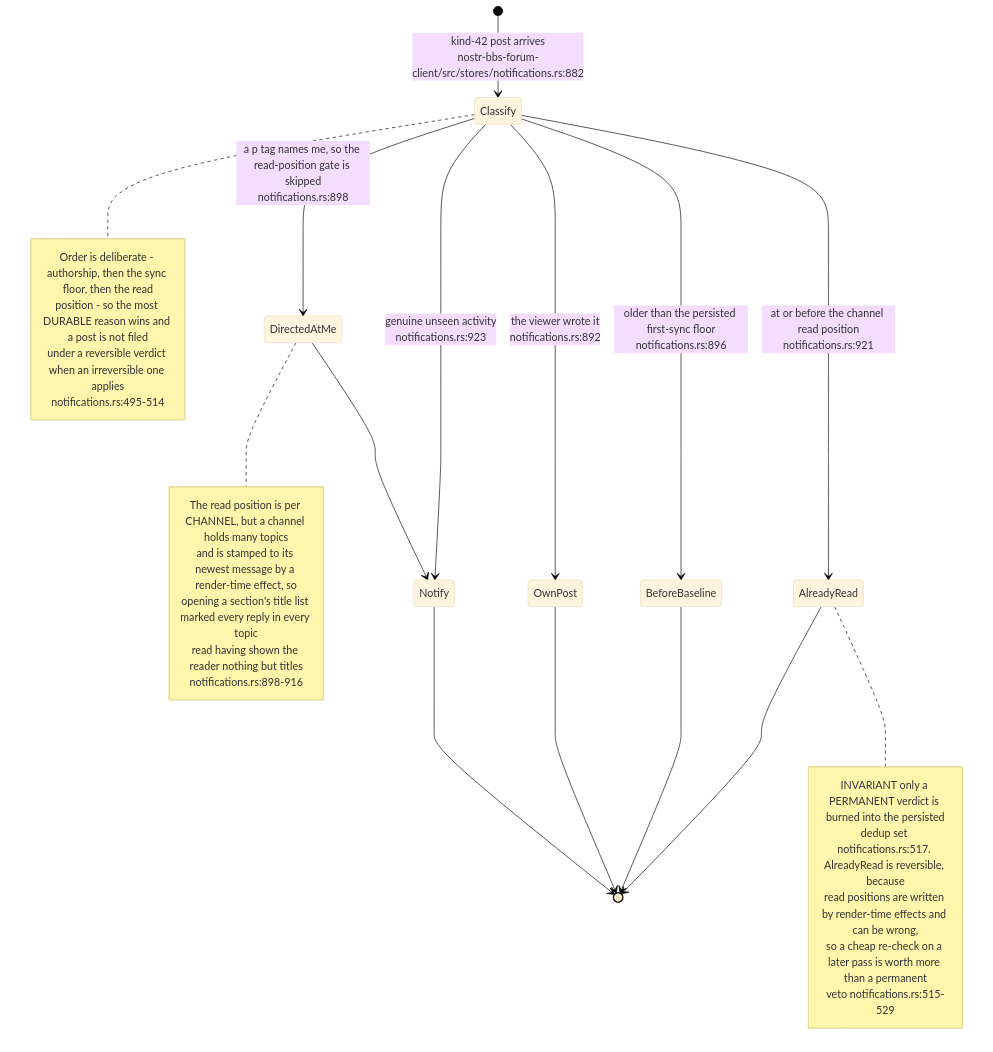
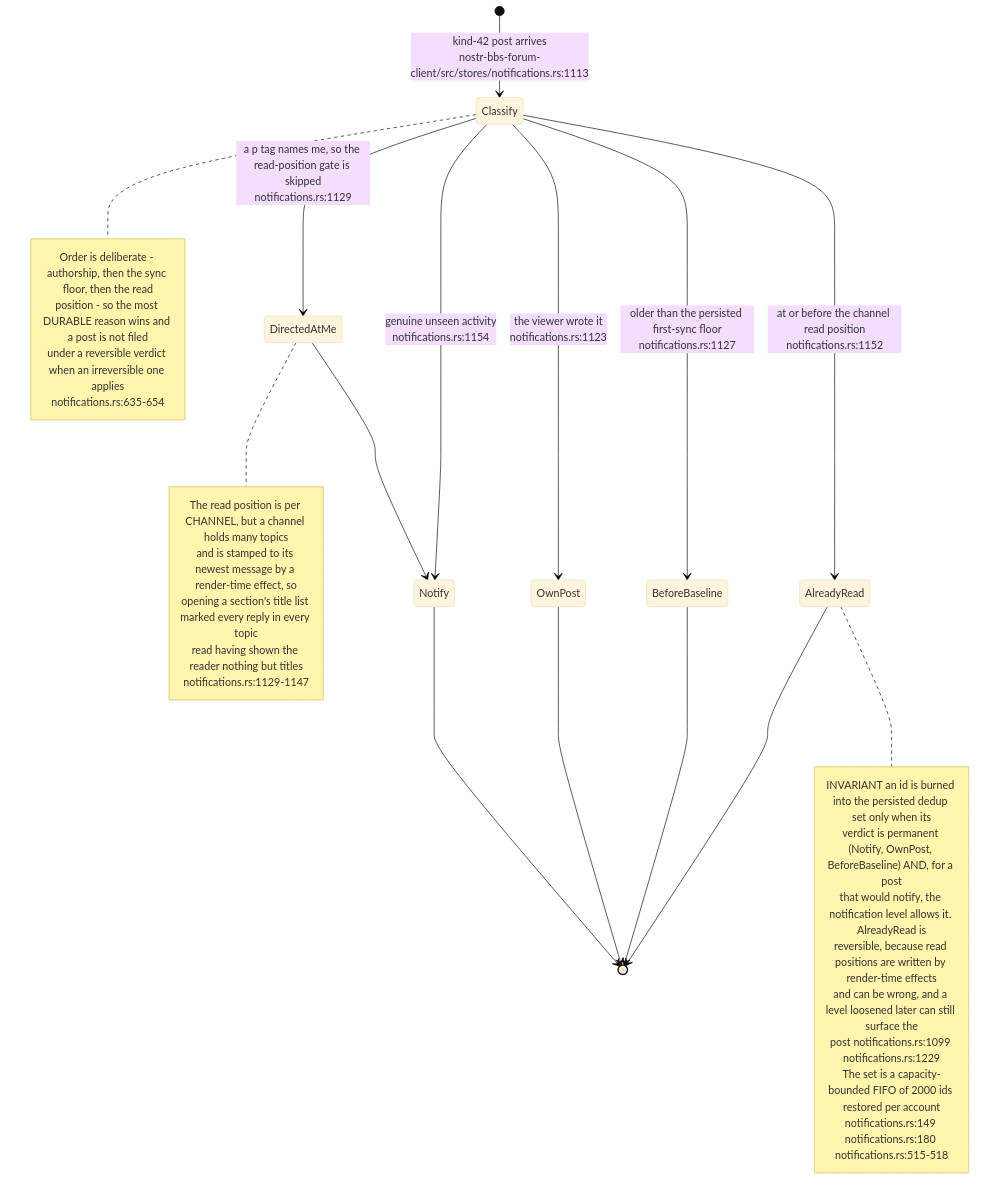
Diagram 13 of 17 in docs/diagrams/nostr-rust-forum/05-leptos-clients-onboarding-messaging-governance.md (DreamLab-AI/VisionFlow), drawn with Mermaid (base theme) before and after one commit. The commit also changed other lines of this file and 160 other files, not shown here.

````diff
--- a/docs/diagrams/nostr-rust-forum/05-leptos-clients-onboarding-messaging-governance.md
+++ b/docs/diagrams/nostr-rust-forum/05-leptos-clients-onboarding-messaging-governance.md
@@ -409,35 +422,38 @@
 ```mermaid
 stateDiagram-v2
-    [*] --> Classify: kind-42 post arrives<br/>nostr-bbs-forum-client/src/stores/notifications.rs:882
-    Classify --> OwnPost: the viewer wrote it<br/>notifications.rs:892
-    Classify --> BeforeBaseline: older than the persisted first-sync floor<br/>notifications.rs:896
-    Classify --> DirectedAtMe: a p tag names me, so the read-position gate is skipped<br/>notifications.rs:898
-    Classify --> AlreadyRead: at or before the channel read position<br/>notifications.rs:921
+    [*] --> Classify: kind-42 post arrives<br/>nostr-bbs-forum-client/src/stores/notifications.rs:1113
+    Classify --> OwnPost: the viewer wrote it<br/>notifications.rs:1123
+    Classify --> BeforeBaseline: older than the persisted first-sync floor<br/>notifications.rs:1127
+    Classify --> DirectedAtMe: a p tag names me, so the read-position gate is skipped<br/>notifications.rs:1129
+    Classify --> AlreadyRead: at or before the channel read position<br/>notifications.rs:1152
     DirectedAtMe --> Notify
-    Classify --> Notify: genuine unseen activity<br/>notifications.rs:923
+    Classify --> Notify: genuine unseen activity<br/>notifications.rs:1154
     Notify --> [*]
     OwnPost --> [*]
     BeforeBaseline --> [*]
     AlreadyRead --> [*]
 
     note right of AlreadyRead
-        INVARIANT only a PERMANENT verdict is burned into the persisted
-        dedup set notifications.rs:517. AlreadyRead is reversible, because
-        read positions are written by render-time effects and can be wrong,
-        so a cheap re-check on a later pass is worth more than a permanent
-        veto notifications.rs:515-529
+        INVARIANT an id is burned into the persisted dedup set only when its
+        verdict is permanent (Notify, OwnPost, BeforeBaseline) AND, for a post
+        that would notify, the notification level allows it. AlreadyRead is
+        reversible, because read positions are written by render-time effects
+        and can be wrong, and a level loosened later can still surface the
+        post notifications.rs:1099 notifications.rs:1229
+        The set is a capacity-bounded FIFO of 2000 ids restored per account
+        notifications.rs:149 notifications.rs:180 notifications.rs:515-518
     end note
     note right of DirectedAtMe
         The read position is per CHANNEL, but a channel holds many topics
         and is stamped to its newest message by a render-time effect, so
         opening a section's title list marked every reply in every topic
         read having shown the reader nothing but titles
-        notifications.rs:898-916
+        notifications.rs:1129-1147
     end note
     note right of Classify
         Order is deliberate - authorship, then the sync floor, then the read
         position - so the most DURABLE reason wins and a post is not filed
         under a reversible verdict when an irreversible one applies
-        notifications.rs:495-514
+        notifications.rs:635-654
     end note
 ```
````
